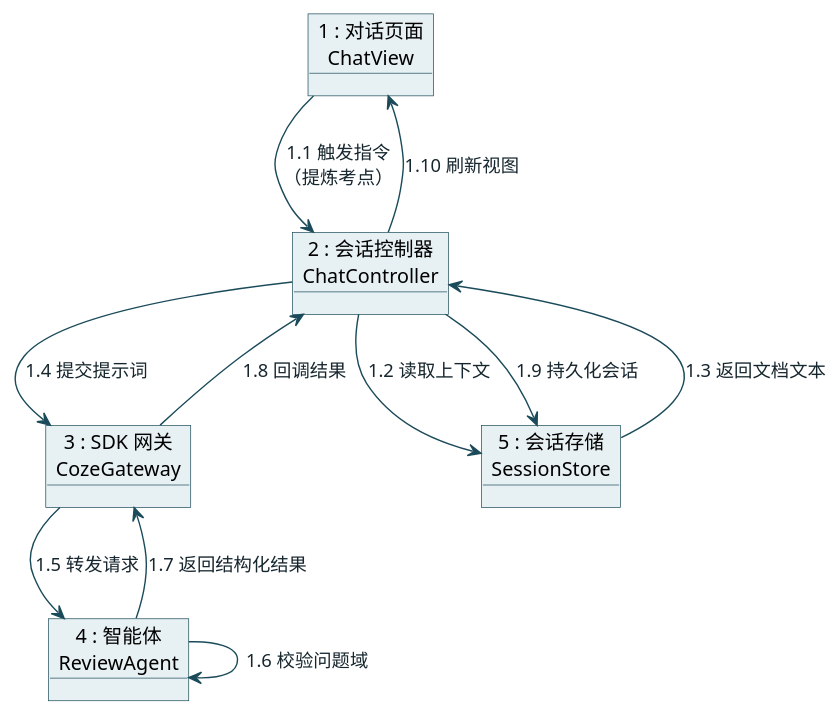
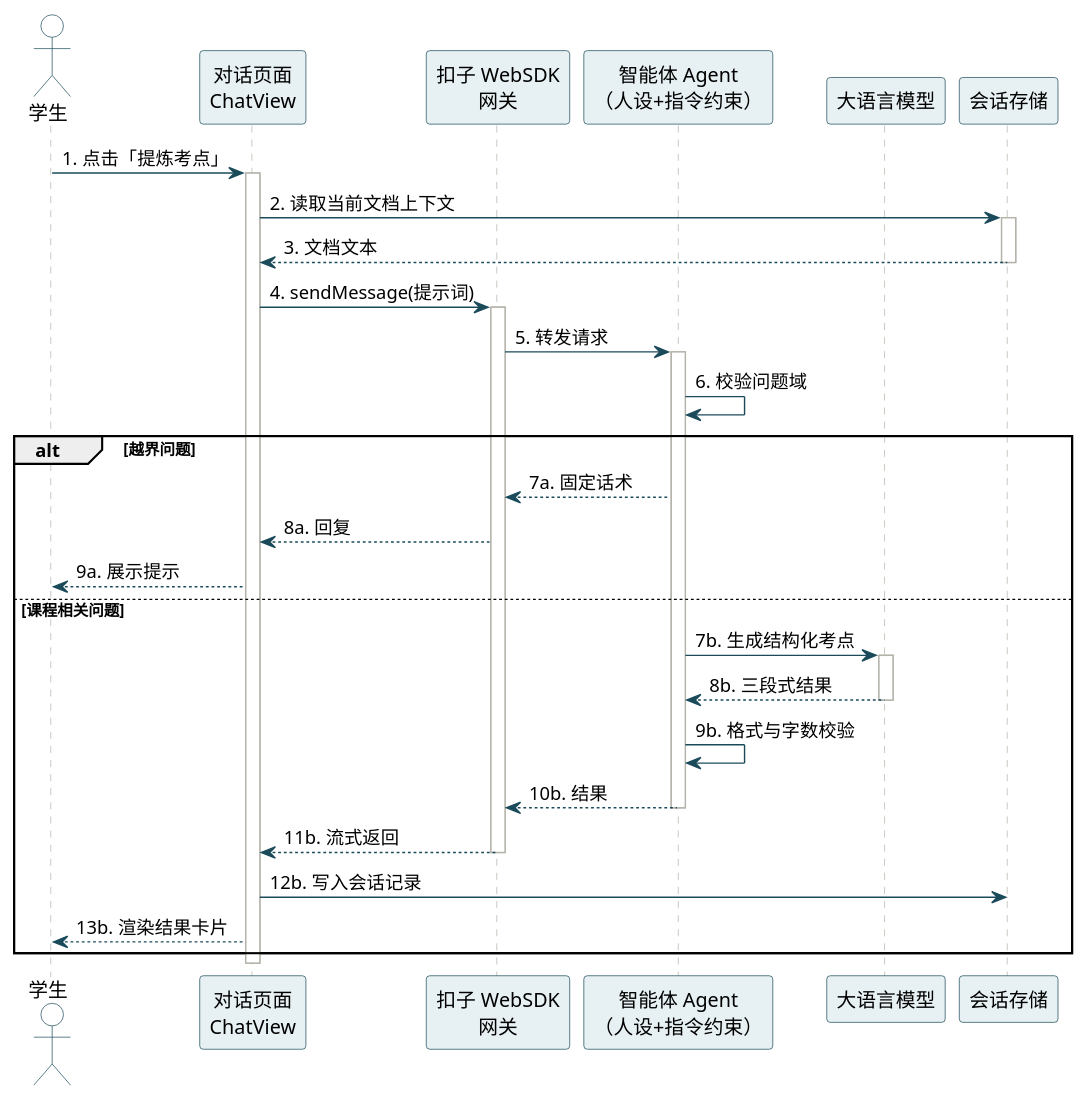
One commit to zhenglebing/cheng-qun-jie-dui changed the diagram in review-ai/docs/uml/05-时序图-知识库问答.puml. Above: the diagram before and after it, drawn with PlantUML. The commit also changed 23 other files, not shown here.

Commit message:
Correct UML filenames and include ER diagram

```diff
--- a/review-ai/docs/uml/05-时序图-知识库问答.puml
+++ b/review-ai/docs/uml/05-时序图-知识库问答.puml
@@ -1,30 +1,49 @@
 @startuml
 skinparam defaultFontName "Microsoft YaHei"
 skinparam shadowing false
-skinparam object {
-  BackgroundColor #E7F0F2
-  BorderColor #1B4B5A
-}
-skinparam arrow {
-  Color #1B4B5A
-  FontColor #16262E
+skinparam sequence {
+  ArrowColor #1B4B5A
+  LifeLineBorderColor #B4B2A9
+  ParticipantBackgroundColor #E7F0F2
+  ParticipantBorderColor #1B4B5A
+  ActorBackgroundColor #FFFFFF
+  ActorBorderColor #1B4B5A
 }
 
-' 协作图（通信图）：以「快捷指令问答」场景为例，展示对象间的协作与消息编号
-object "1 : 对话页面\nChatView" as UI
-object "2 : 会话控制器\nChatController" as C
-object "3 : SDK 网关\nCozeGateway" as G
-object "4 : 智能体\nReviewAgent" as A
-object "5 : 会话存储\nSessionStore" as S
+actor "学生" as U
+participant "对话页面\nChatView" as W
+participant "扣子 WebSDK\n网关" as S
+participant "智能体 Agent\n（人设+指令约束）" as A
+participant "大语言模型" as M
+participant "会话存储" as D
 
-UI --> C : 1.1 触发指令\n（提炼考点）
-C --> S : 1.2 读取上下文
-S --> C : 1.3 返回文档文本
-C --> G : 1.4 提交提示词
-G --> A : 1.5 转发请求
-A --> A : 1.6 校验问题域
-A --> G : 1.7 返回结构化结果
-G --> C : 1.8 回调结果
-C --> S : 1.9 持久化会话
-C --> UI : 1.10 刷新视图
+U -> W : 1. 点击「提炼考点」
+activate W
+W -> D : 2. 读取当前文档上下文
+activate D
+D --> W : 3. 文档文本
+deactivate D
+W -> S : 4. sendMessage(提示词)
+activate S
+S -> A : 5. 转发请求
+activate A
+A -> A : 6. 校验问题域
+alt 越界问题
+  A --> S : 7a. 固定话术
+  S --> W : 8a. 回复
+  W --> U : 9a. 展示提示
+else 课程相关问题
+  A -> M : 7b. 生成结构化考点
+  activate M
+  M --> A : 8b. 三段式结果
+  deactivate M
+  A -> A : 9b. 格式与字数校验
+  A --> S : 10b. 结果
+  deactivate A
+  S --> W : 11b. 流式返回
+  deactivate S
+  W -> D : 12b. 写入会话记录
+  W --> U : 13b. 渲染结果卡片
+end
+deactivate W
 @enduml
```
